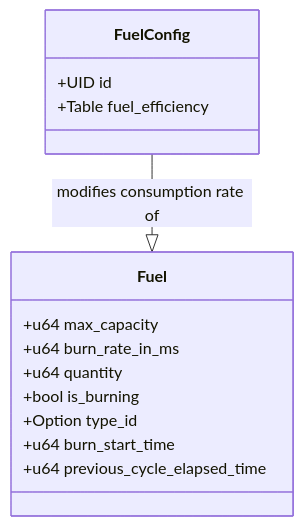
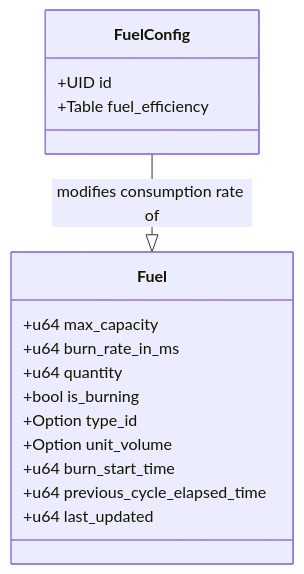
The first of 3 diagrams in content/develop/world-contracts/primitives/fuel.move.md (Scetrov/frontier.scetrov.live), drawn with Mermaid before and after one commit. The commit also changed other lines of this file and 8 other files, not shown here.

````diff
--- a/content/develop/world-contracts/primitives/fuel.move.md
+++ b/content/develop/world-contracts/primitives/fuel.move.md
@@ -14,18 +14,20 @@
 ```mermaid
 classDiagram
     class FuelConfig {
         +UID id
         +Table<u64, u64> fuel_efficiency
     }
     class Fuel {
         +u64 max_capacity
         +u64 burn_rate_in_ms
         +u64 quantity
         +bool is_burning
         +Option<u64> type_id
+        +Option<u64> unit_volume
         +u64 burn_start_time
         +u64 previous_cycle_elapsed_time
+        +u64 last_updated
     }
     FuelConfig --|> Fuel : modifies consumption rate of
 
 ```
````
